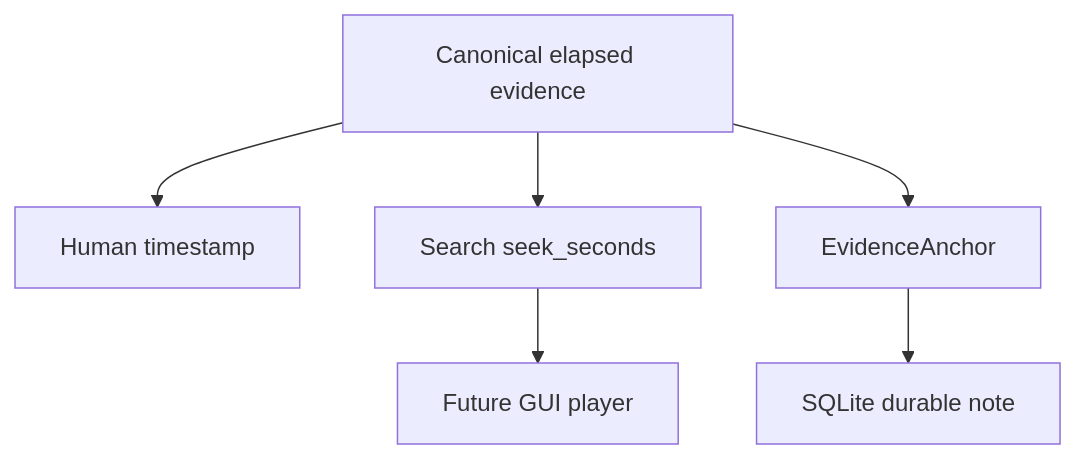
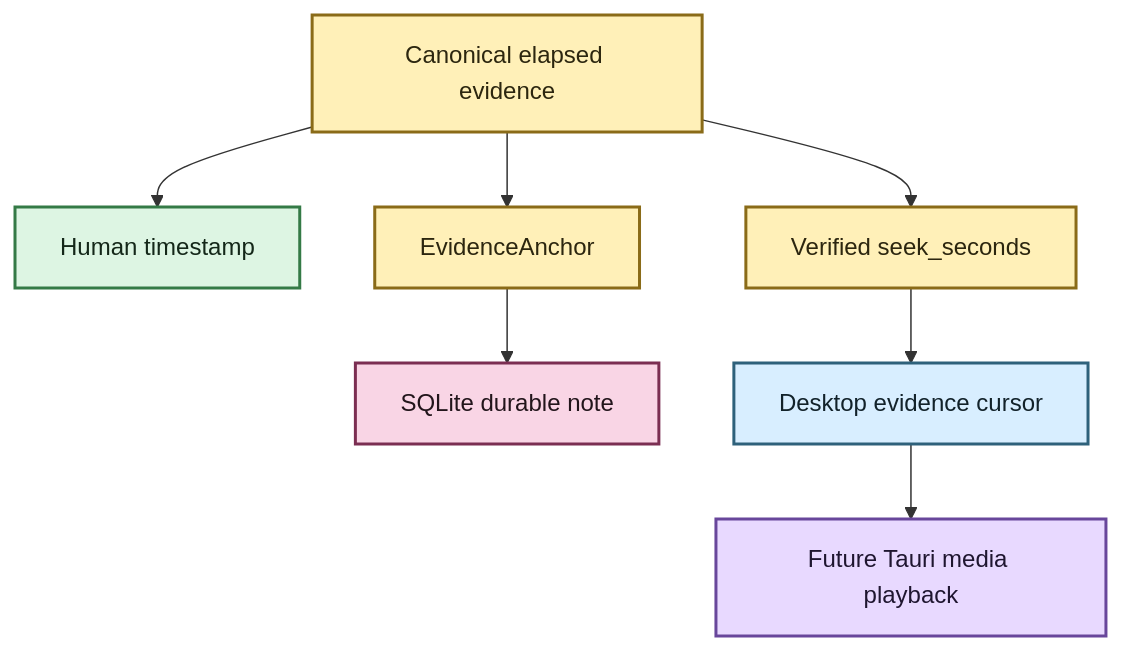
The second of 2 diagrams in docs/architecture/media-and-timeline.md (SSD1805/EchoFlow), drawn with Mermaid before and after one commit. The commit also changed other lines of this file and 29 other files, not shown here.

Commit message:
docs: restore Mermaid styling and refresh current product truth

````diff
--- a/docs/architecture/media-and-timeline.md
+++ b/docs/architecture/media-and-timeline.md
@@ -260,8 +239,21 @@
 ```mermaid
-graph TD;
+flowchart TD
     A[Canonical elapsed evidence] --> B[Human timestamp]
-    A --> C[Search seek_seconds]
+    A --> C[Verified seek_seconds]
     A --> D[EvidenceAnchor]
     D --> E[SQLite durable note]
-    C --> F[Future GUI player]
+    C --> F[Desktop evidence cursor]
+    F --> G[Future Tauri media playback]
+
+    classDef evidence fill:#FFF0B8,stroke:#8A6B18,stroke-width:2px,color:#2C260F
+    classDef source fill:#F9D5E5,stroke:#7B2E52,stroke-width:2px,color:#22151B
+    classDef view fill:#DDF5E3,stroke:#347A46,stroke-width:2px,color:#142719
+    classDef inspect fill:#D8EEFF,stroke:#2E617B,stroke-width:2px,color:#12222A
+    classDef process fill:#E8D9FF,stroke:#68469B,stroke-width:2px,color:#1F1630
+
+    class A,C,D evidence
+    class B view
+    class E source
+    class F inspect
+    class G process
 ```
````
